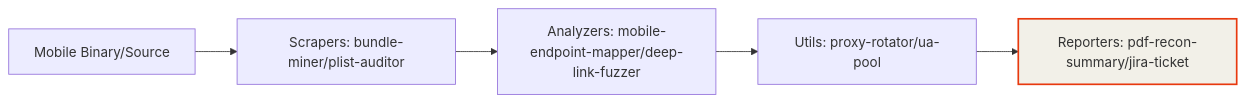
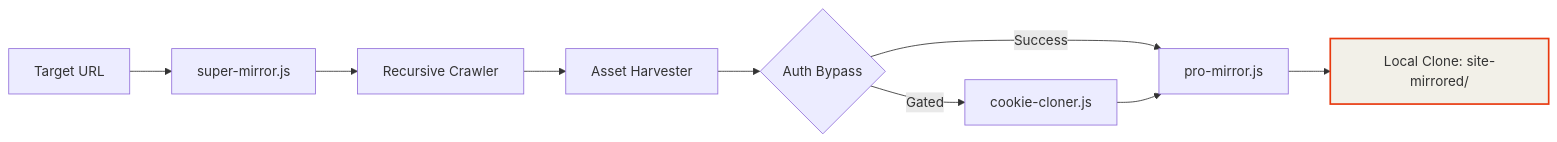
One commit to edwinnyandika/webarsenal-v2 changed the second of 2 diagrams in README.md. Above: the diagram before and after it, drawn with Mermaid. The commit also changed other lines of this file and 3 other files, not shown here.

````diff
--- a/README.md
+++ b/README.md
@@ -34,8 +33,12 @@
 ```mermaid
 graph LR
-    A[Mobile Binary/Source] --> B[Scrapers: bundle-miner/plist-auditor]
-    B --> C[Analyzers: mobile-endpoint-mapper/deep-link-fuzzer]
-    C --> D[Utils: proxy-rotator/ua-pool]
-    D --> E[Reporters: pdf-recon-summary/jira-ticket]
-    style E fill:#f2f0e8,stroke:#e8390e,stroke-width:2px;
+    A[Target URL] --> B[super-mirror.js]
+    B --> C[Recursive Crawler]
+    C --> D[Asset Harvester]
+    D --> E{Auth Bypass}
+    E -- Success --> F[pro-mirror.js]
+    E -- Gated --> G[cookie-cloner.js]
+    G --> F
+    F --> H[Local Clone: site-mirrored/]
+    style H fill:#f2f0e8,stroke:#e8390e,stroke-width:2px;
 ```
````
